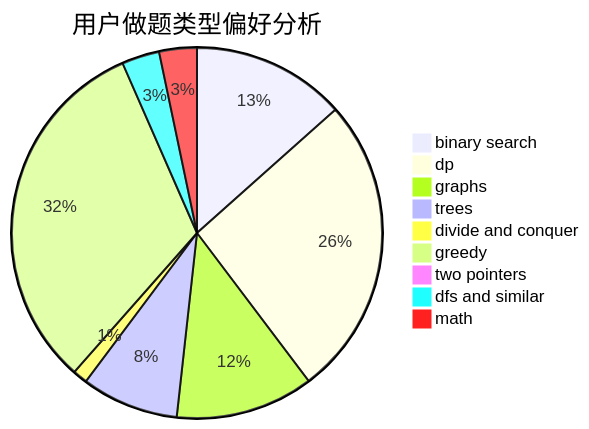
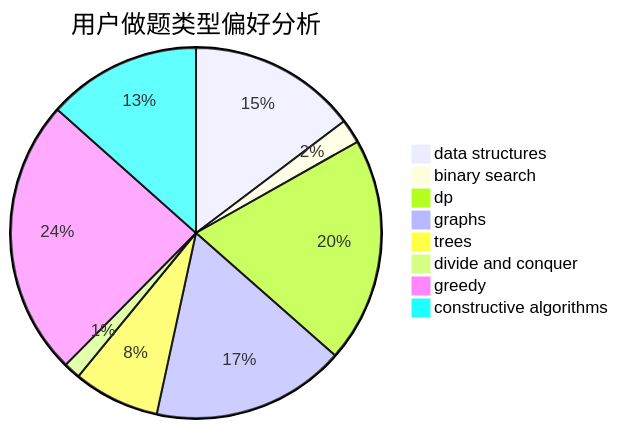
Before and after one commit to sherpahu/cfrs.github.io: the second of 3 diagrams in docs/user/u1597.md, drawn with Mermaid. The commit also changed other lines of this file and 2775 other files, not shown here.

````diff
--- a/docs/user/u1597.md
+++ b/docs/user/u1597.md
@@ -23,12 +23,11 @@
 ```mermaid
 pie title 用户做题类型偏好分析
-    "binary search" :  253
-    "dp" :  496
-    "graphs" :  227
-    "trees" :  160
-    "divide and conquer" :  24
-    "greedy" :  602
-    "two pointers" :  5
-    "dfs and similar" :  62
-    "math" :  62
+    "data structures" :  160
+    "binary search" :  23
+    "dp" :  214
+    "graphs" :  184
+    "trees" :  82
+    "divide and conquer" :  16
+    "greedy" :  263
+    "constructive algorithms" :  146
 ```
````
